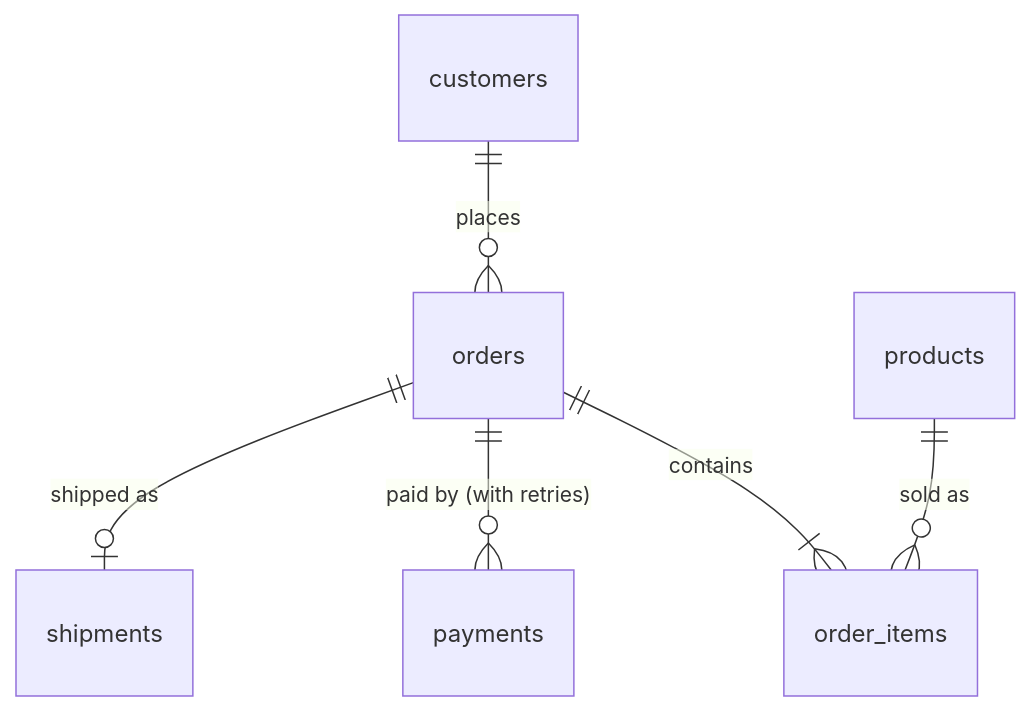
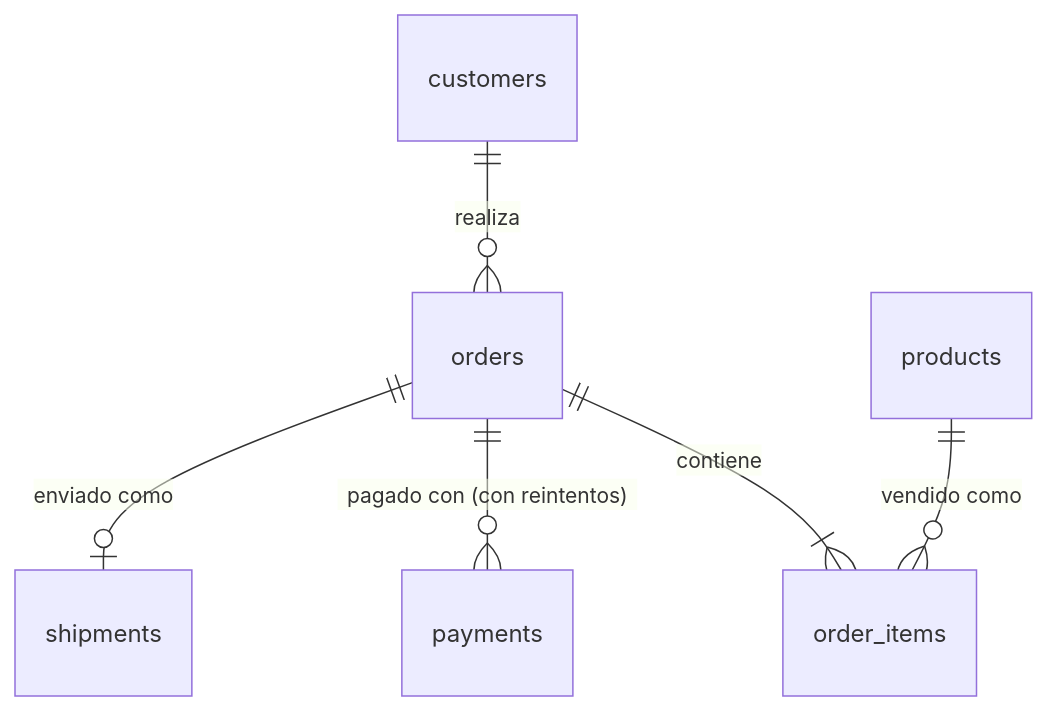
The diagram in docs/data-model.md (lucascas89a/cdc-lakehouse-aws), drawn with Mermaid before and after one commit. The commit also changed other lines of this file and 5 other files, not shown here.

````diff
--- a/docs/data-model.md
+++ b/docs/data-model.md
@@ -21,8 +21,8 @@
 ```mermaid
 erDiagram
-    customers ||--o{ orders : places
-    orders ||--|{ order_items : contains
-    products ||--o{ order_items : "sold as"
-    orders ||--o{ payments : "paid by (with retries)"
-    orders ||--o| shipments : "shipped as"
+    customers ||--o{ orders : realiza
+    orders ||--|{ order_items : contiene
+    products ||--o{ order_items : "vendido como"
+    orders ||--o{ payments : "pagado con (con reintentos)"
+    orders ||--o| shipments : "enviado como"
 ```
````
